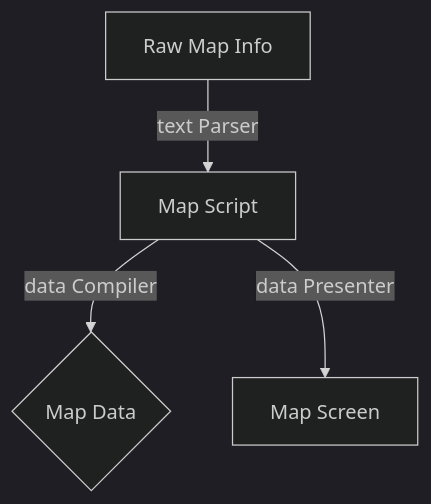
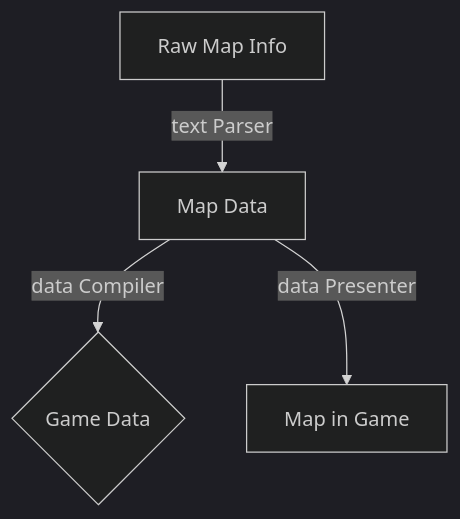
The diagram in Map Tools/Intro.md (meteorode/Hyperion-Reloaded), drawn with Mermaid (dark theme) before and after one commit. The commit also changed other lines of this file, not shown here.

````diff
--- a/Map Tools/Intro.md
+++ b/Map Tools/Intro.md
@@ -19,7 +19,7 @@
 ```mermaid
 
 graph TD;
-    R[Raw Map Info]-->|text Parser|M[Map Script]
-    M-->|data Compiler|D{Map Data} 
-    M-->|data Presenter|S[Map Screen]
+    R[Raw Map Info]-->|text Parser|M[Map Data]
+    M-->|data Compiler|G{Game Data} 
+    M-->|data Presenter|MG[Map in Game]
 ```
````
